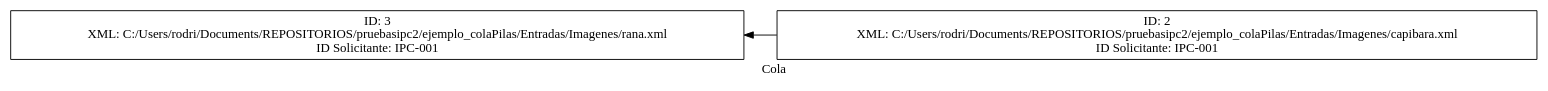
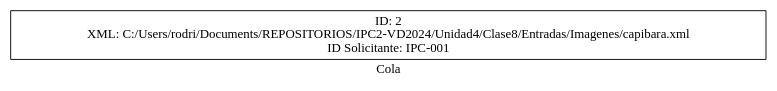
Before and after one commit to rodrialeh01/IPC2-VD2024: the diagram in Unidad4/Clase8/reportesdot/cola.dot, drawn with Graphviz. The commit also changed 38 other files, not shown here.

```diff
--- a/Unidad4/Clase8/reportesdot/cola.dot
+++ b/Unidad4/Clase8/reportesdot/cola.dot
@@ -1,8 +1,6 @@
 digraph G {
     rankdir="RL";
     label="Cola";
     node[shape=box];
-    nodo0[label="ID: 2\nXML: C:/Users/rodri/Documents/REPOSITORIOS/pruebasipc2/ejemplo_colaPilas/Entradas/Imagenes/capibara.xml\nID Solicitante: IPC-001"];
-nodo1[label="ID: 3\nXML: C:/Users/rodri/Documents/REPOSITORIOS/pruebasipc2/ejemplo_colaPilas/Entradas/Imagenes/rana.xml\nID Solicitante: IPC-001"];
-nodo0 -> nodo1;
+    nodo0[label="ID: 2\nXML: C:/Users/rodri/Documents/REPOSITORIOS/IPC2-VD2024/Unidad4/Clase8/Entradas/Imagenes/capibara.xml\nID Solicitante: IPC-001"];
 }
```
